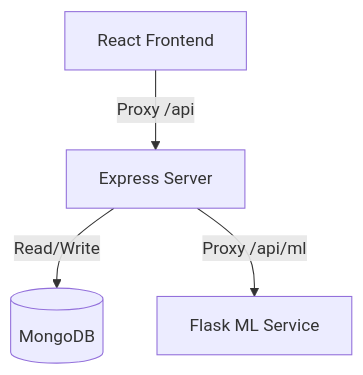
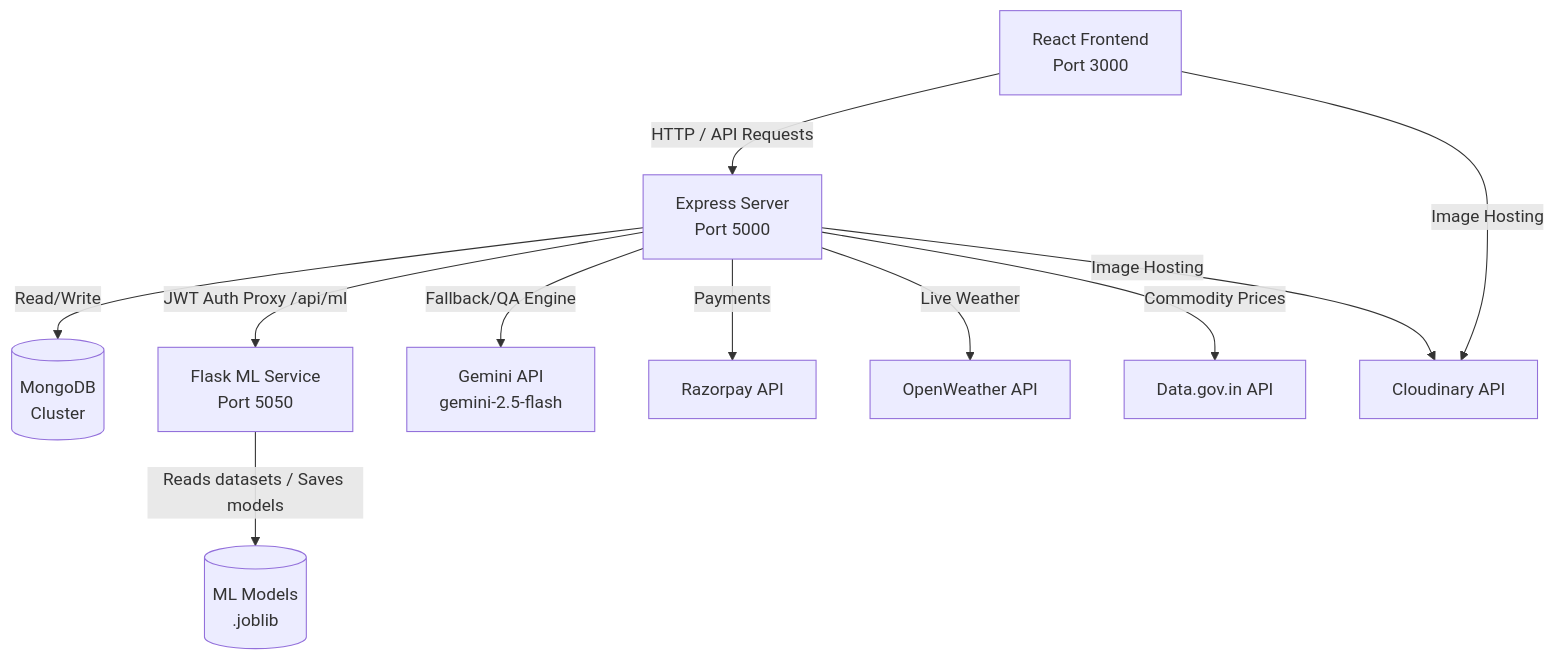
One commit to RaushanShrivastwa/agromitra-ML changed the diagram in README.md. Above: the diagram before and after it, drawn with Mermaid. The commit also changed other lines of this file, not shown here.

Commit message:
Update README.md with detailed microservices architecture, API endpoint docs, and fallback modes

````diff
--- a/README.md
+++ b/README.md
@@ -16,6 +28,12 @@
 ```mermaid
 graph TD
-    Client[React Frontend] -->|Proxy /api| Server[Express Server]
-    Server -->|Read/Write| DB[(MongoDB)]
-    Server -->|Proxy /api/ml| ML[Flask ML Service]
+    Client[React Frontend <br> Port 3000] -->|HTTP / API Requests| Express[Express Server <br> Port 5000]
+    Express -->|Read/Write| DB[(MongoDB <br> Cluster)]
+    Express -->|JWT Auth Proxy /api/ml| Flask[Flask ML Service <br> Port 5050]
+    Flask -->|Reads datasets / Saves models| Models[(ML Models <br> .joblib)]
+    Express -->|Fallback/QA Engine| Gemini[Gemini API <br> gemini-2.5-flash]
+    Express -->|Payments| Razorpay[Razorpay API]
+    Express -->|Live Weather| OpenWeather[OpenWeather API]
+    Express -->|Commodity Prices| DataGov[Data.gov.in API]
+    Express & Client -->|Image Hosting| Cloudinary[Cloudinary API]
 ```
````
